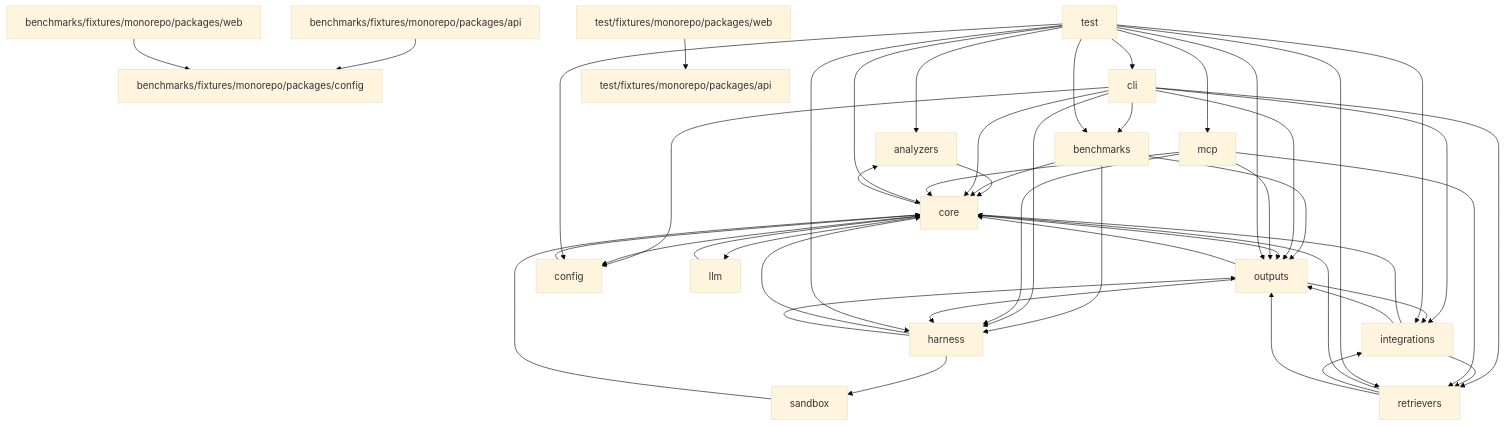
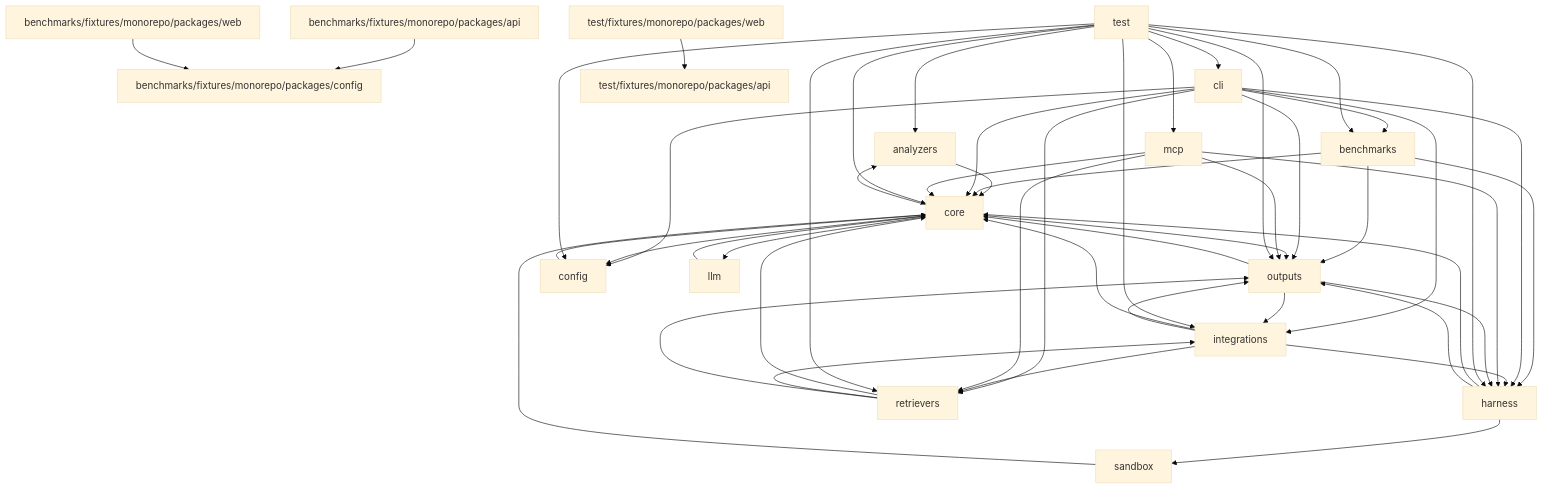
One commit to whut09/Code-Agent-plusplus changed the diagram in .agent-context/dependency-graph.md. Above: the diagram before and after it, drawn with Mermaid (base theme). The commit also changed other lines of this file and 35 other files, not shown here.

````diff
--- a/.agent-context/dependency-graph.md
+++ b/.agent-context/dependency-graph.md
@@ -4,50 +4,51 @@
 ```mermaid
 graph TD
   analyzers["analyzers"] --> core["core"]
   benchmarks["benchmarks"] --> core["core"]
   benchmarks["benchmarks"] --> harness["harness"]
   benchmarks["benchmarks"] --> outputs["outputs"]
   benchmarks_fixtures_monorepo_packages_api["benchmarks/fixtures/monorepo/packages/api"] --> benchmarks_fixtures_monorepo_packages_config["benchmarks/fixtures/monorepo/packages/config"]
   benchmarks_fixtures_monorepo_packages_web["benchmarks/fixtures/monorepo/packages/web"] --> benchmarks_fixtures_monorepo_packages_config["benchmarks/fixtures/monorepo/packages/config"]
   cli["cli"] --> benchmarks["benchmarks"]
   cli["cli"] --> config["config"]
   cli["cli"] --> core["core"]
   cli["cli"] --> harness["harness"]
   cli["cli"] --> integrations["integrations"]
   cli["cli"] --> outputs["outputs"]
   cli["cli"] --> retrievers["retrievers"]
   config["config"] --> core["core"]
   core["core"] --> analyzers["analyzers"]
   core["core"] --> config["config"]
   core["core"] --> llm["llm"]
   core["core"] --> outputs["outputs"]
   harness["harness"] --> core["core"]
   harness["harness"] --> outputs["outputs"]
   harness["harness"] --> sandbox["sandbox"]
   integrations["integrations"] --> core["core"]
+  integrations["integrations"] --> harness["harness"]
   integrations["integrations"] --> outputs["outputs"]
   integrations["integrations"] --> retrievers["retrievers"]
   llm["llm"] --> core["core"]
   mcp["mcp"] --> core["core"]
   mcp["mcp"] --> harness["harness"]
   mcp["mcp"] --> outputs["outputs"]
   mcp["mcp"] --> retrievers["retrievers"]
   outputs["outputs"] --> core["core"]
   outputs["outputs"] --> harness["harness"]
   outputs["outputs"] --> integrations["integrations"]
   retrievers["retrievers"] --> core["core"]
   retrievers["retrievers"] --> integrations["integrations"]
   retrievers["retrievers"] --> outputs["outputs"]
   sandbox["sandbox"] --> core["core"]
   test["test"] --> analyzers["analyzers"]
   test["test"] --> benchmarks["benchmarks"]
   test["test"] --> cli["cli"]
   test["test"] --> config["config"]
   test["test"] --> core["core"]
   test["test"] --> harness["harness"]
   test["test"] --> integrations["integrations"]
   test["test"] --> mcp["mcp"]
   test["test"] --> outputs["outputs"]
   test["test"] --> retrievers["retrievers"]
   test_fixtures_monorepo_packages_web["test/fixtures/monorepo/packages/web"] --> test_fixtures_monorepo_packages_api["test/fixtures/monorepo/packages/api"]
 ```
````
